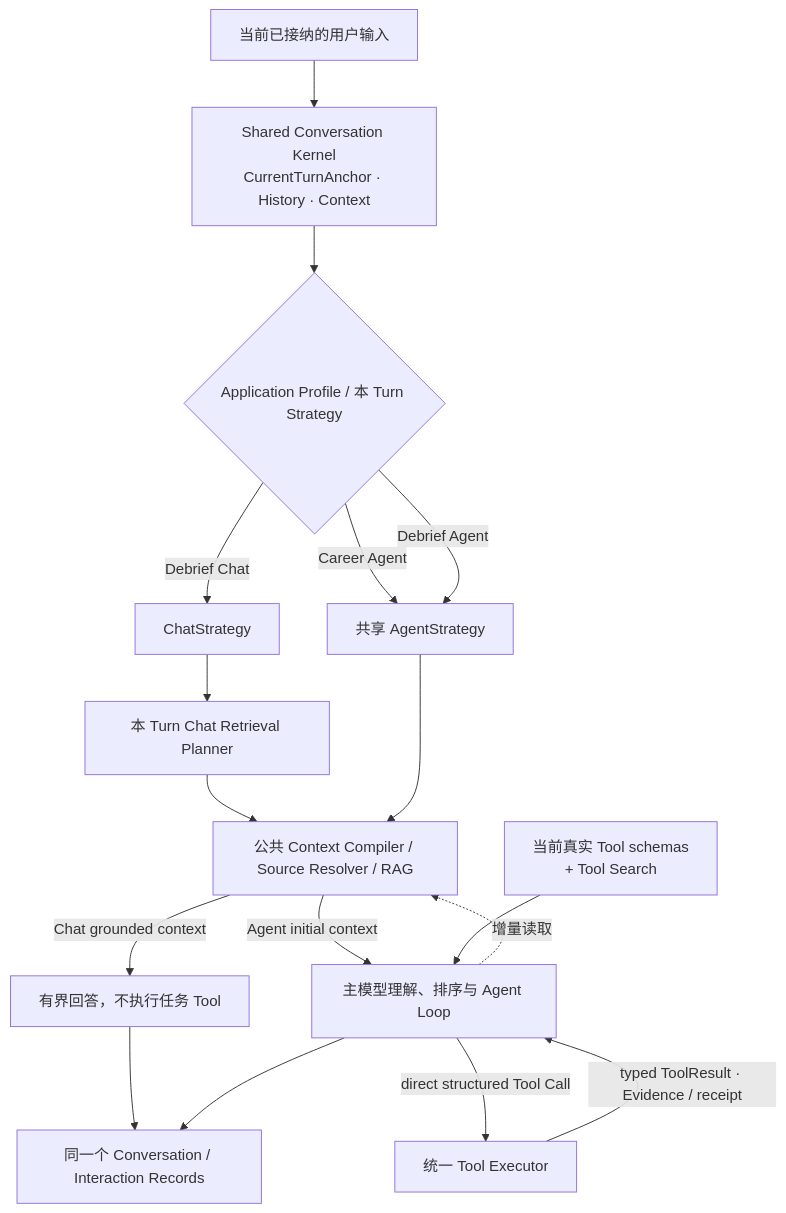
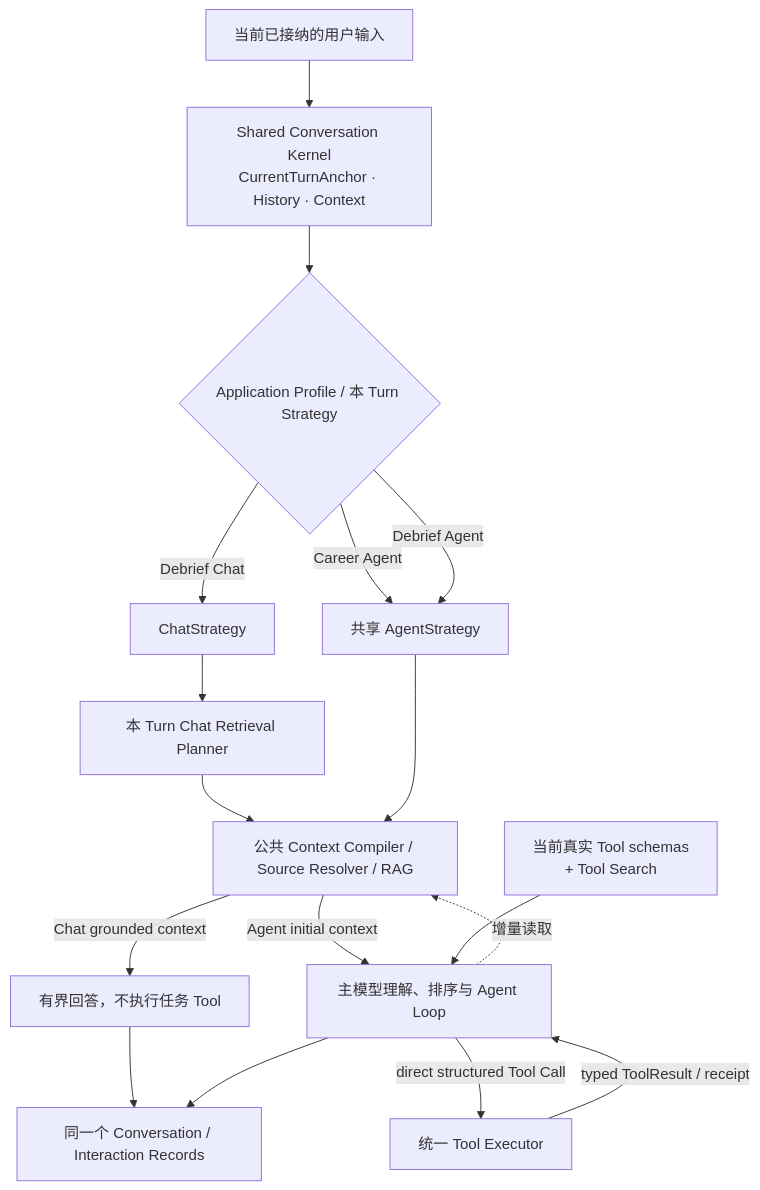
Before and after one commit to studyzhige-ui/Interview_Copilot: the first of 3 diagrams in docs/architecture/full-cycle-career-copilot.md, drawn with Mermaid. The commit also changed other lines of this file and 113 other files, not shown here.

````diff
--- a/docs/architecture/full-cycle-career-copilot.md
+++ b/docs/architecture/full-cycle-career-copilot.md
@@ -745,24 +775,24 @@
 ```mermaid
 flowchart TB
     Input["当前已接纳的用户输入"] --> Kernel["Shared Conversation Kernel<br/>CurrentTurnAnchor · History · Context"]
 
     Kernel --> Profile{"Application Profile / 本 Turn Strategy"}
 
     Profile -->|"Career Agent"| Agent["共享 AgentStrategy"]
     Profile -->|"Debrief Agent"| Agent
     Profile -->|"Debrief Chat"| Chat["ChatStrategy"]
 
     Chat --> Retrieval["本 Turn Chat Retrieval Planner"]
     Retrieval --> Context["公共 Context Compiler / Source Resolver / RAG"]
     Context -->|"Chat grounded context"| Answer["有界回答，不执行任务 Tool"]
 
     Agent --> Context
     Context -->|"Agent initial context"| Loop["主模型理解、排序与 Agent Loop"]
     Loop -. "增量读取" .-> Context
     ToolView["当前真实 Tool schemas<br/>+ Tool Search"] --> Loop
     Loop -->|"direct structured Tool Call"| Executor["统一 Tool Executor"]
-    Executor -->|"typed ToolResult · Evidence / receipt"| Loop
+    Executor -->|"typed ToolResult / receipt"| Loop
 
     Answer --> Conversation["同一个 Conversation / Interaction Records"]
     Loop --> Conversation
 ```
````
